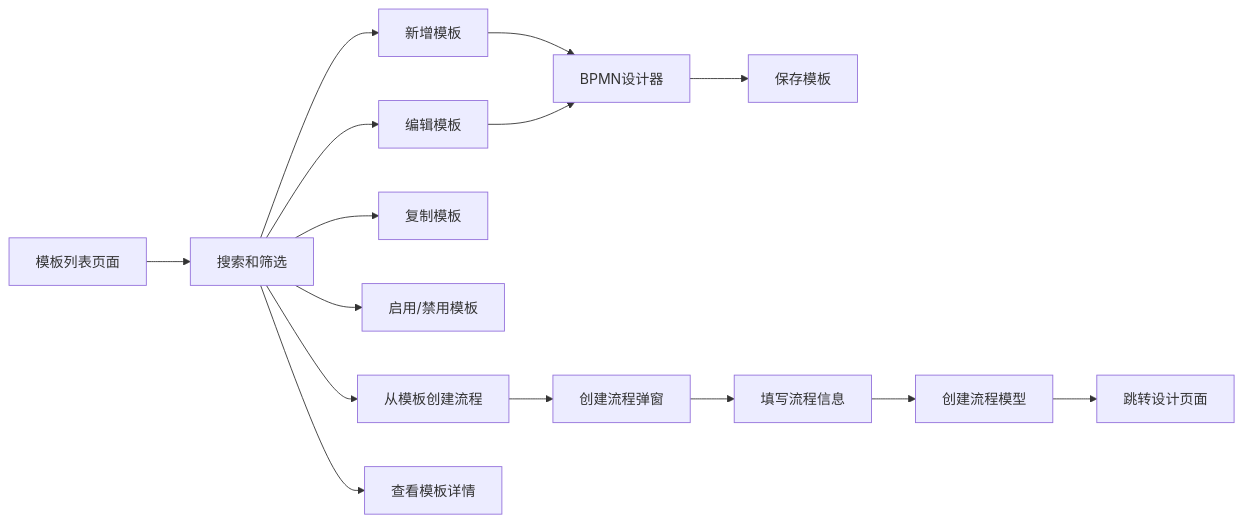
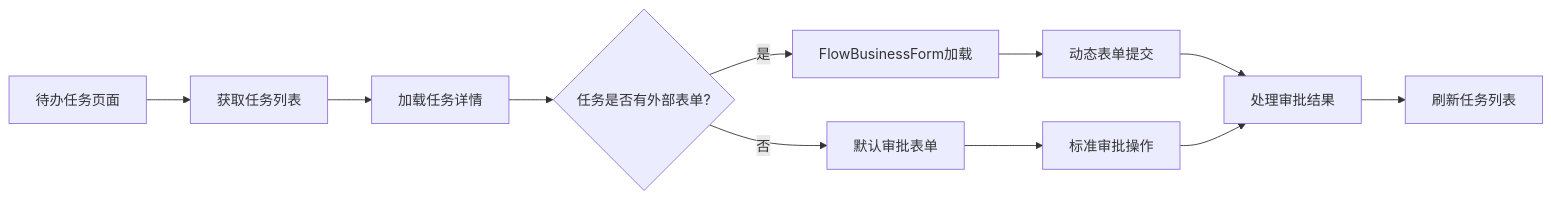
The sixth of 11 diagrams in .qoder/repowiki/zh/content/前端框架详解/前端工作流组件.md (yaomindong1996/forge-admin), drawn with Mermaid before and after one commit. The commit also changed other lines of this file and 76 other files, not shown here.

````diff
--- a/.qoder/repowiki/zh/content/前端框架详解/前端工作流组件.md
+++ b/.qoder/repowiki/zh/content/前端框架详解/前端工作流组件.md
@@ -517,17 +497,13 @@
 ```mermaid
 flowchart LR
-A[模板列表页面] --> B[搜索和筛选]
-B --> C[新增模板]
-B --> D[编辑模板]
-B --> E[复制模板]
-B --> F[启用/禁用模板]
-B --> G[从模板创建流程]
-B --> H[查看模板详情]
-C --> I[BPMN设计器]
-I --> J[保存模板]
-D --> I
-G --> K[创建流程弹窗]
-K --> L[填写流程信息]
-L --> M[创建流程模型]
-M --> N[跳转设计页面]
+A[待办任务页面] --> B[获取任务列表]
+B --> C[加载任务详情]
+C --> D{任务是否有外部表单?}
+D --> |是| E[FlowBusinessForm加载]
+D --> |否| F[默认审批表单]
+E --> G[动态表单提交]
+F --> H[标准审批操作]
+G --> I[处理审批结果]
+H --> I
+I --> J[刷新任务列表]
 ```
````
